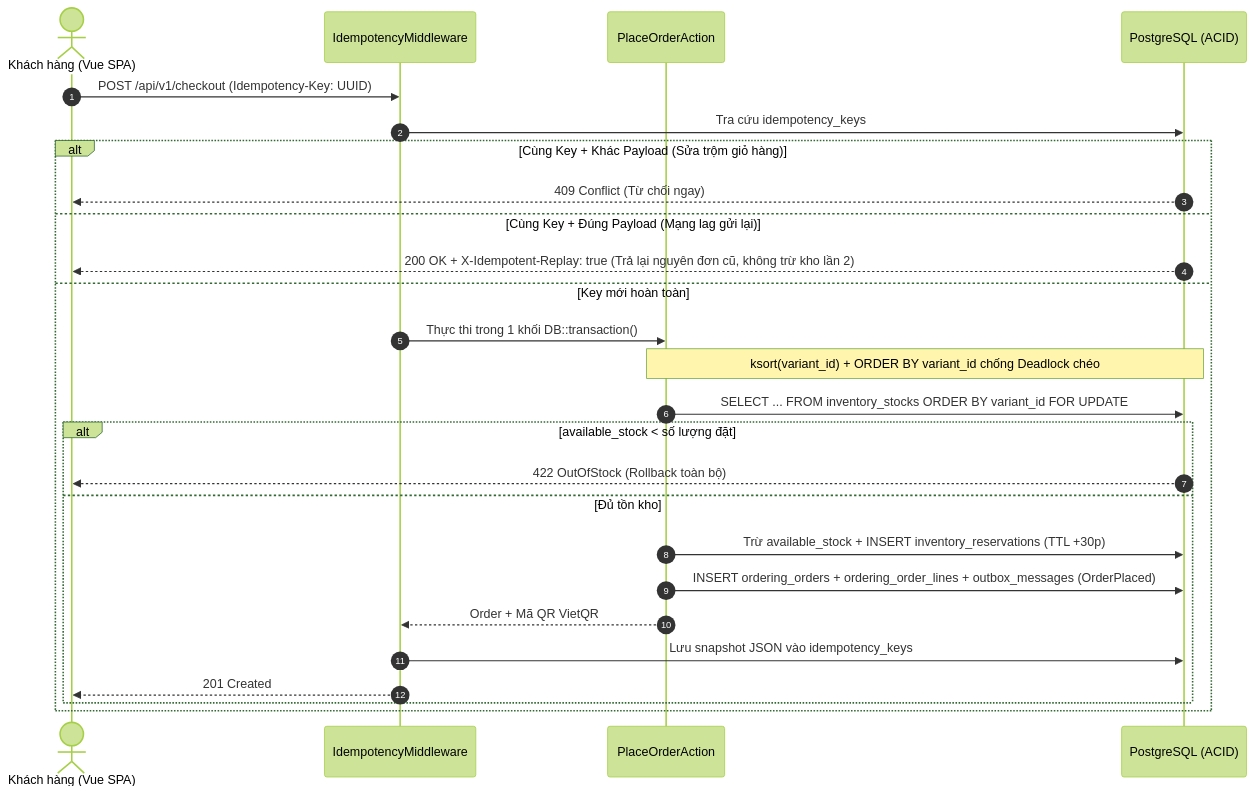
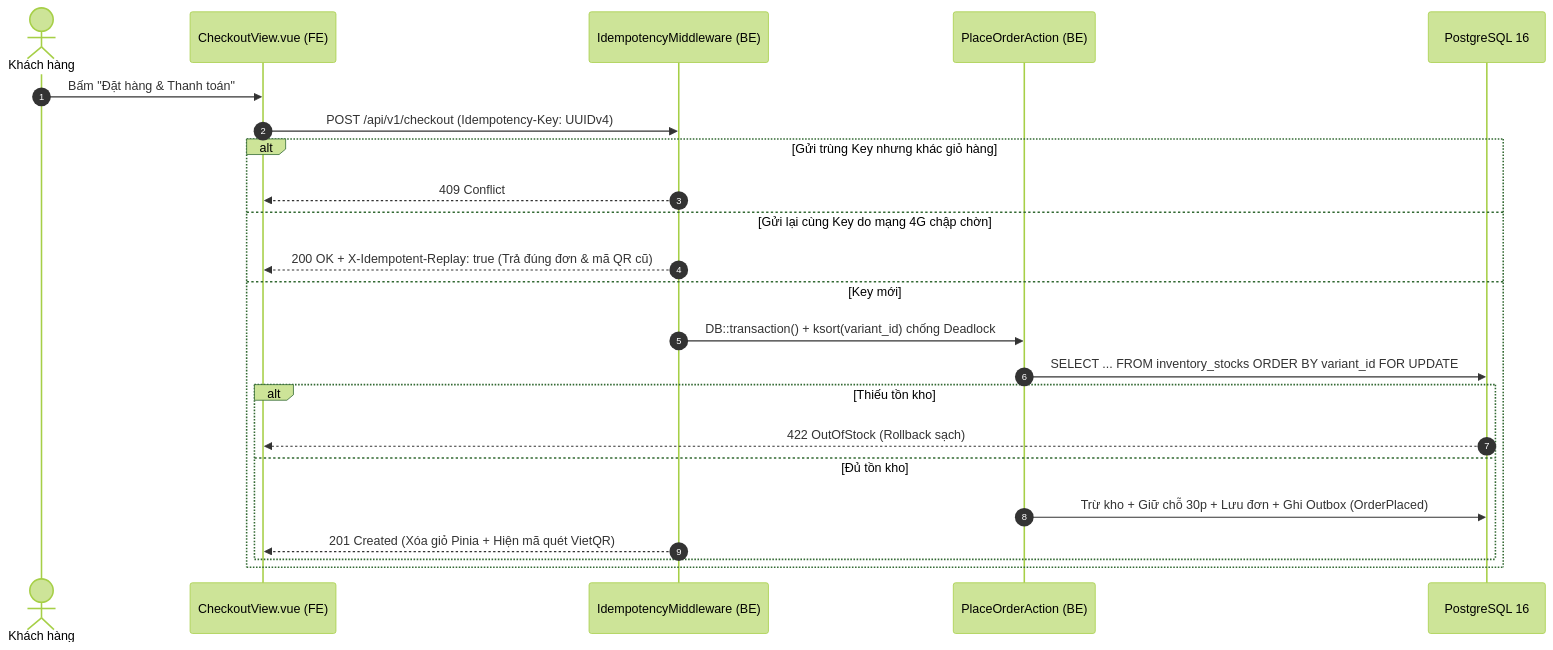
Before and after one commit to nguynbon03/VueLaravelProject: the second of 3 diagrams in README.md, drawn with Mermaid (forest theme). The commit also changed other lines of this file and 17 other files, not shown here.

````diff
--- a/README.md
+++ b/README.md
@@ -93,29 +89,26 @@
 ```mermaid
 sequenceDiagram
     autonumber
-    actor Buyer as Khách hàng (Vue SPA)
-    participant Idem as IdempotencyMiddleware
-    participant Place as PlaceOrderAction
-    participant DB as PostgreSQL (ACID)
+    actor Buyer as Khách hàng
+    participant Vue as CheckoutView.vue (FE)
+    participant Idem as IdempotencyMiddleware (BE)
+    participant Place as PlaceOrderAction (BE)
+    participant DB as PostgreSQL 16
 
-    Buyer->>Idem: POST /api/v1/checkout (Idempotency-Key: UUID)
-    Idem->>DB: Tra cứu idempotency_keys
-    alt Cùng Key + Khác Payload (Sửa trộm giỏ hàng)
-        DB-->>Buyer: 409 Conflict (Từ chối ngay)
-    else Cùng Key + Đúng Payload (Mạng lag gửi lại)
-        DB-->>Buyer: 200 OK + X-Idempotent-Replay: true (Trả lại nguyên đơn cũ, không trừ kho lần 2)
-    else Key mới hoàn toàn
-        Idem->>Place: Thực thi trong 1 khối DB::transaction()
-        Note over Place,DB: ksort(variant_id) + ORDER BY variant_id chống Deadlock chéo
+    Buyer->>Vue: Bấm "Đặt hàng & Thanh toán"
+    Vue->>Idem: POST /api/v1/checkout (Idempotency-Key: UUIDv4)
+    alt Gửi trùng Key nhưng khác giỏ hàng
+        Idem-->>Vue: 409 Conflict
+    else Gửi lại cùng Key do mạng 4G chập chờn
+        Idem-->>Vue: 200 OK + X-Idempotent-Replay: true (Trả đúng đơn & mã QR cũ)
+    else Key mới
+        Idem->>Place: DB::transaction() + ksort(variant_id) chống Deadlock
         Place->>DB: SELECT ... FROM inventory_stocks ORDER BY variant_id FOR UPDATE
-        alt available_stock < số lượng đặt
-            DB-->>Buyer: 422 OutOfStock (Rollback toàn bộ)
+        alt Thiếu tồn kho
+            DB-->>Vue: 422 OutOfStock (Rollback sạch)
         else Đủ tồn kho
-            Place->>DB: Trừ available_stock + INSERT inventory_reservations (TTL +30p)
-            Place->>DB: INSERT ordering_orders + ordering_order_lines + outbox_messages (OrderPlaced)
-            Place-->>Idem: Order + Mã QR VietQR
-            Idem->>DB: Lưu snapshot JSON vào idempotency_keys
-            Idem-->>Buyer: 201 Created
+            Place->>DB: Trừ kho + Giữ chỗ 30p + Lưu đơn + Ghi Outbox (OrderPlaced)
+            Idem-->>Vue: 201 Created (Xóa giỏ Pinia + Hiện mã quét VietQR)
         end
     end
 ```
````
